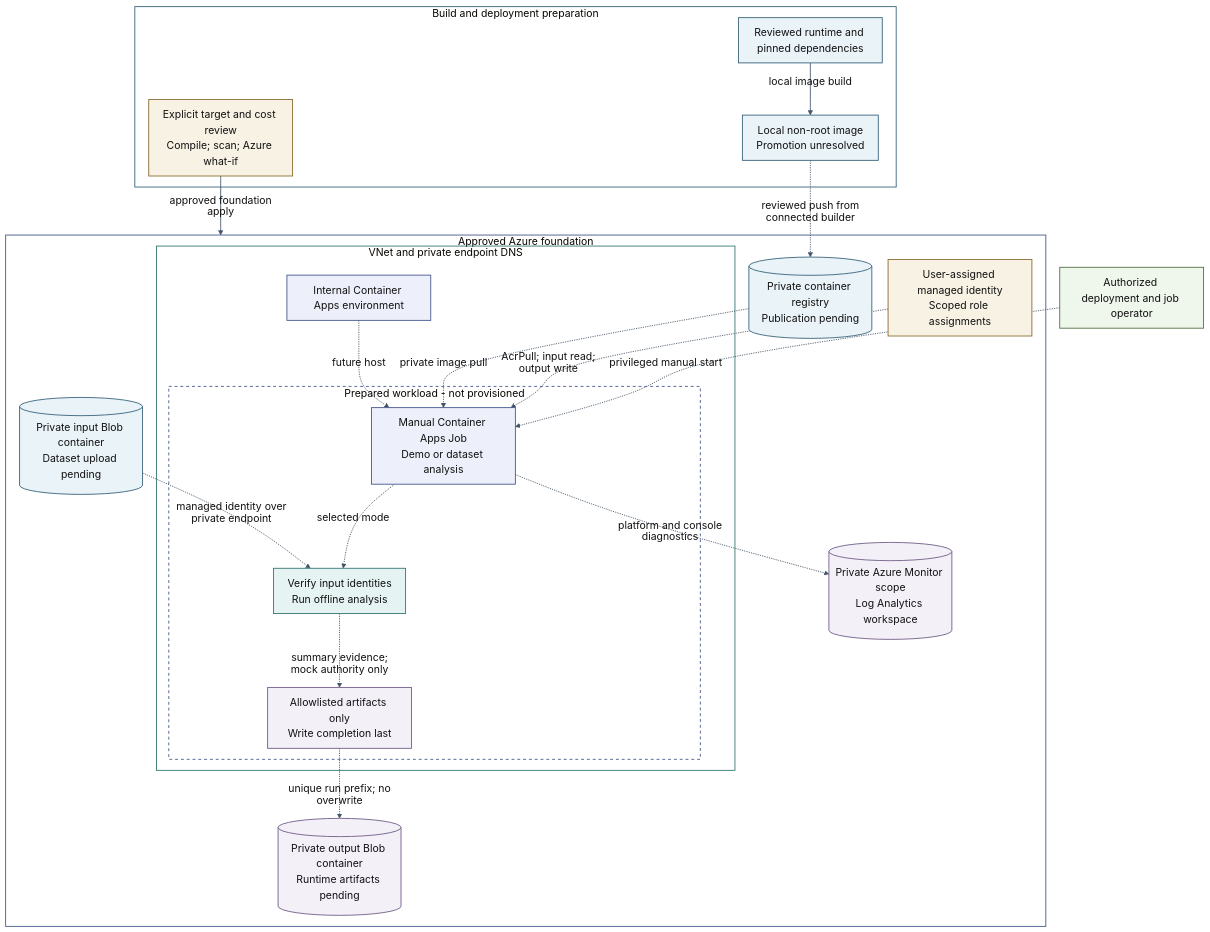
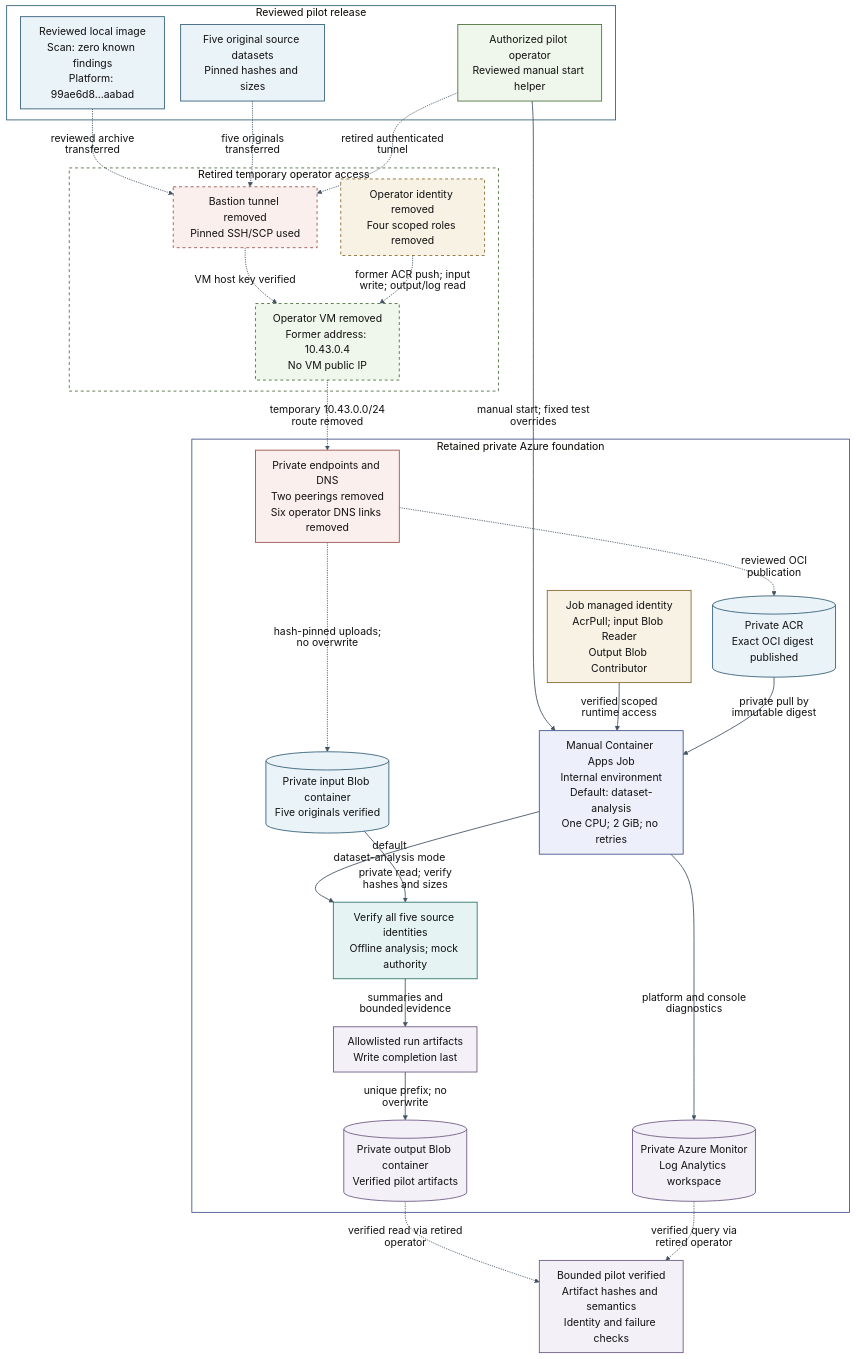
Before and after one commit to Douglas-Moore-Engineering/ai-command-gateway: the diagram in docs/diagrams/04-azure-job.mmd, drawn with Mermaid. The commit also changed 51 other files, not shown here.

Commit message:
Complete private Azure pilot and retire temporary access

```diff
--- a/docs/diagrams/04-azure-job.mmd
+++ b/docs/diagrams/04-azure-job.mmd
@@ -1,56 +1,70 @@
-%% Approved foundation scope. Dashed paths and the prepared workload remain pending.
+%% ARCH-004 v0.3. Bounded pilot verified; temporary operator access retired after cleanup.
+%% Solid paths show retained pilot architecture; dashed paths show retired temporary access.
+%% Reviewed platform digest: sha256:99ae6d8dd7962dfc517a09cce6f46b979af78fd0f5c149bf01e0132b4a2aabad
 %%{init: {"theme":"base","look":"classic","themeVariables":{"fontFamily":"Arial, sans-serif","fontSize":"18px","primaryTextColor":"#111111","lineColor":"#425466","background":"transparent","edgeLabelBackground":"transparent","clusterBkg":"transparent"},"flowchart":{"htmlLabels":false,"curve":"basis","nodeSpacing":28,"rankSpacing":38,"padding":12},"themeCSS":"text { font-family:Arial,sans-serif !important; } .cluster-label text { font-size:16px !important; font-weight:600; }"}}%%
 flowchart TB
-  subgraph preparation["Build and deployment preparation"]
-    source["Reviewed runtime and pinned dependencies"]
-    image["Local non-root image<br/>Promotion unresolved"]
-    review["Explicit target and cost review<br/>Compile; scan; Azure what-if"]
+  subgraph local["Reviewed pilot release"]
+    image["Reviewed local image<br/>Scan: zero known findings<br/>Platform: 99ae6d8...aabad"]
+    datasets["Five original source datasets<br/>Pinned hashes and sizes"]
+    operator["Authorized pilot operator<br/>Reviewed manual start helper"]
   end
 
-  subgraph azure["Approved Azure foundation"]
-    registry[("Private container registry<br/>Publication pending")]
-    inputs[("Private input Blob container<br/>Dataset upload pending")]
-    outputs[("Private output Blob container<br/>Runtime artifacts pending")]
-    monitor[("Private Azure Monitor scope<br/>Log Analytics workspace")]
-    identity["User-assigned managed identity<br/>Scoped role assignments"]
-    subgraph vnet["VNet and private endpoint DNS"]
-      environment["Internal Container Apps environment"]
-      subgraph future["Prepared workload - not provisioned"]
-      job["Manual Container Apps Job<br/>Demo or dataset analysis"]
-      verify["Verify input identities<br/>Run offline analysis"]
-      publish["Allowlisted artifacts only<br/>Write completion last"]
-      end
-    end
+  subgraph access["Retired temporary operator access"]
+    bastion["Bastion tunnel removed<br/>Pinned SSH/SCP used"]
+    vm["Operator VM removed<br/>Former address: 10.43.0.4<br/>No VM public IP"]
+    operatorIdentity["Operator identity removed<br/>Four scoped roles removed"]
   end
-  operator["Authorized deployment and job operator"]
 
-  source -->|"local image build"| image
-  image -.->|"reviewed push from connected builder"| registry
-  review -->|"approved foundation apply"| azure
-  operator -.->|"privileged manual start"| job
-  identity -.->|"AcrPull; input read; output write"| job
-  registry -.->|"private image pull"| job
-  job -.->|"selected mode"| verify
-  inputs -.->|"managed identity over private endpoint"| verify
-  verify -.->|"summary evidence; mock authority only"| publish
-  publish -.->|"unique run prefix; no overwrite"| outputs
-  job -.->|"platform and console diagnostics"| monitor
+  subgraph azure["Retained private Azure foundation"]
+    network["Private endpoints and DNS<br/>Two peerings removed<br/>Six operator DNS links removed"]
+    registry[("Private ACR<br/>Exact OCI digest published")]
+    inputs[("Private input Blob container<br/>Five originals verified")]
+    identity["Job managed identity<br/>AcrPull; input Blob Reader<br/>Output Blob Contributor"]
+    job["Manual Container Apps Job<br/>Internal environment<br/>Default: dataset-analysis<br/>One CPU; 2 GiB; no retries"]
+    verify["Verify all five source identities<br/>Offline analysis; mock authority"]
+    publish["Allowlisted run artifacts<br/>Write completion last"]
+    outputs[("Private output Blob container<br/>Verified pilot artifacts")]
+    monitor[("Private Azure Monitor<br/>Log Analytics workspace")]
+  end
+  validation["Bounded pilot verified<br/>Artifact hashes and semantics<br/>Identity and failure checks"]
+
+  image -.->|"reviewed archive transferred"| bastion
+  datasets -.->|"five originals transferred"| bastion
+  operator -.->|"retired authenticated tunnel"| bastion
+  bastion -.->|"VM host key verified"| vm
+  operatorIdentity -.->|"former ACR push; input write; output/log read"| vm
+  vm -.->|"temporary 10.43.0.0/24 route removed"| network
+  network -.->|"reviewed OCI publication"| registry
+  network -.->|"hash-pinned uploads; no overwrite"| inputs
+  operator -->|"manual start; fixed test overrides"| job
+  identity -->|"verified scoped runtime access"| job
+  registry -->|"private pull by immutable digest"| job
+  job -->|"default dataset-analysis mode"| verify
+  inputs -->|"private read; verify hashes and sizes"| verify
+  verify -->|"summaries and bounded evidence"| publish
+  publish -->|"unique prefix; no overwrite"| outputs
+  job -->|"platform and console diagnostics"| monitor
+  outputs -.->|"verified read via retired operator"| validation
+  monitor -.->|"verified query via retired operator"| validation
 
   classDef sourceRole fill:#EAF3F8,stroke:#356079,stroke-width:1.5px,color:#111111
   classDef dataRole fill:#E5F4F2,stroke:#32746E,stroke-width:1.5px,color:#111111
   classDef analysisRole fill:#EDF0FA,stroke:#42558B,stroke-width:1.5px,color:#111111
   classDef policyRole fill:#F8F2E4,stroke:#876A2D,stroke-width:1.5px,color:#111111
   classDef humanRole fill:#EFF6EB,stroke:#4C713E,stroke-width:1.5px,color:#111111
   classDef evidenceRole fill:#F3F0F8,stroke:#6E5B85,stroke-width:1.5px,color:#111111
-  class source,image,registry,inputs sourceRole
+  classDef securityRole fill:#FBEFED,stroke:#9B534C,stroke-width:1.5px,color:#111111
+  class image,datasets,registry,inputs sourceRole
   class verify dataRole
-  class environment,job analysisRole
-  class identity,review policyRole
-  class operator humanRole
-  class publish,outputs,monitor evidenceRole
-  style preparation fill:none,stroke:#356079,stroke-width:1.5px,color:#111111
+  class job analysisRole
+  class identity,operatorIdentity policyRole
+  class operator,vm humanRole
+  class publish,outputs,monitor,validation evidenceRole
+  class bastion,network securityRole
+  style local fill:none,stroke:#356079,stroke-width:1.5px,color:#111111
+  style access fill:none,stroke:#4C713E,stroke-width:1.5px,stroke-dasharray:5 5,color:#111111
   style azure fill:none,stroke:#42558B,stroke-width:1.5px,color:#111111
-  style vnet fill:none,stroke:#32746E,stroke-width:1.5px,color:#111111
-  style future fill:none,stroke:#42558B,stroke-width:1.5px,stroke-dasharray:5 5,color:#111111
-  environment -.->|"future host"| job
+  style bastion stroke-dasharray:5 5
+  style vm stroke-dasharray:5 5
+  style operatorIdentity stroke-dasharray:5 5
   linkStyle default stroke:#425466,stroke-width:1.5px
```
